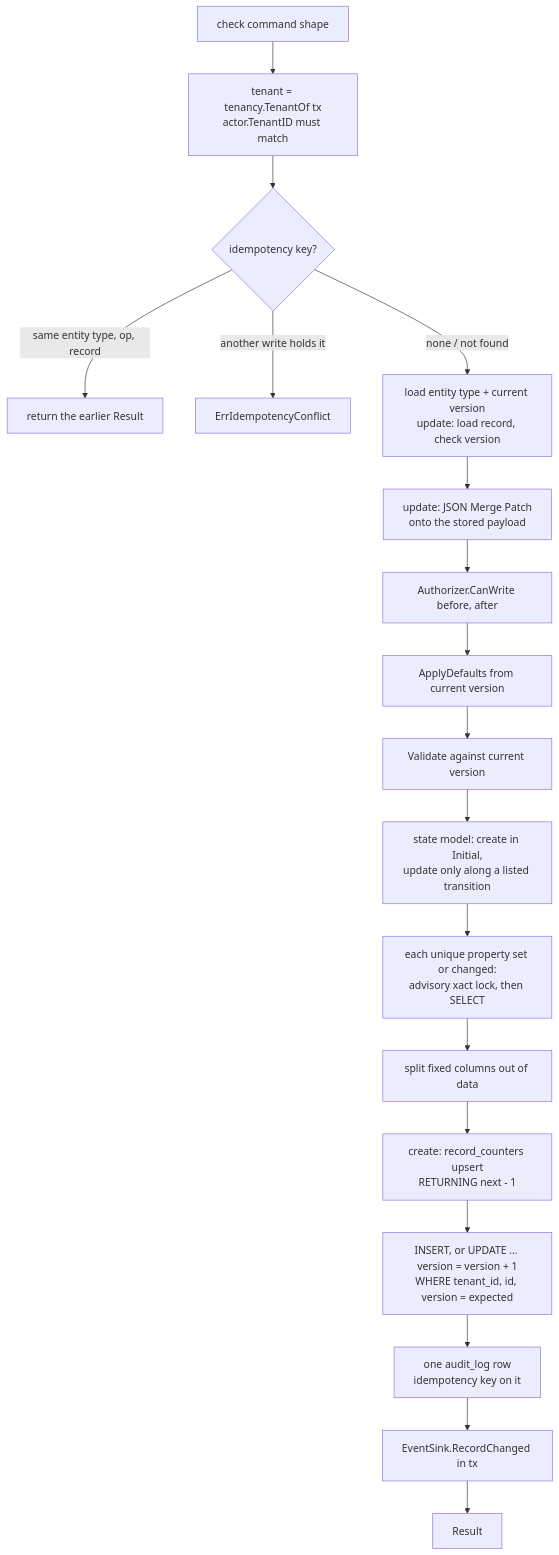
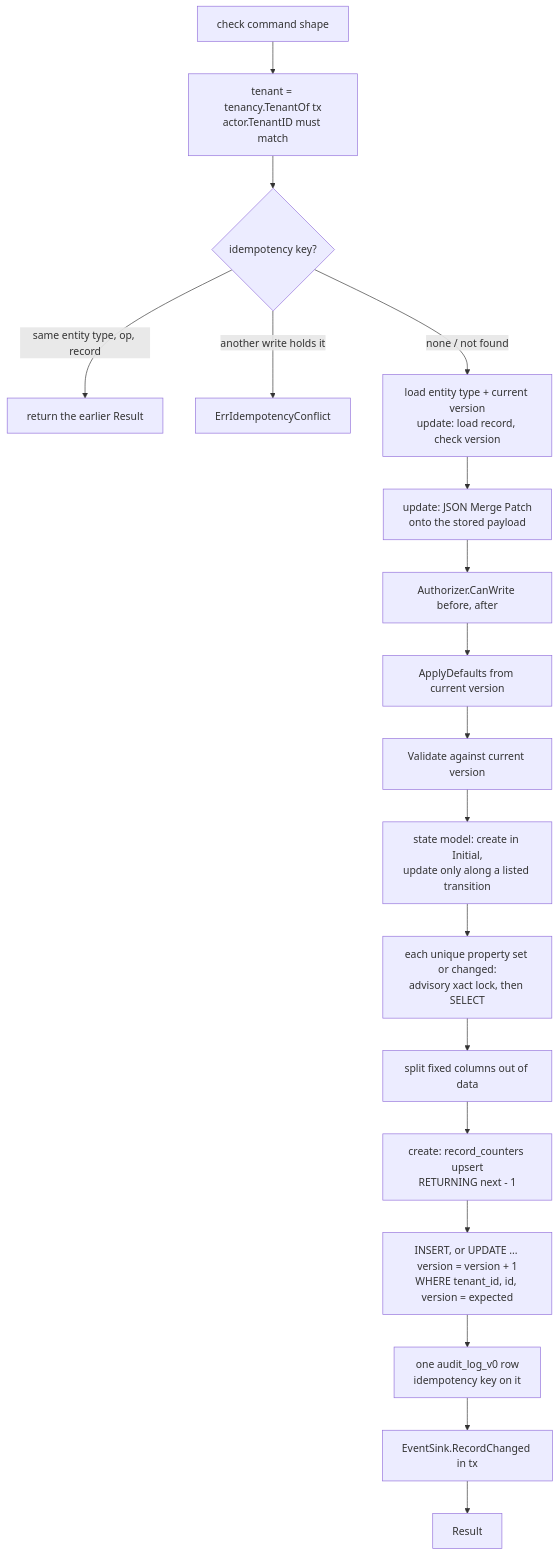
Before and after one commit to Navaladi2019/TicketingSystem: the diagram in docs/architecture/record-write-pipeline.md, drawn with Mermaid. The commit also changed other lines of this file and 4 other files, not shown here.

First line of the commit message:
P5-10a (TICK-427): re-point the S9 stack case and docs at audit_log_v0

````diff
--- a/docs/architecture/record-write-pipeline.md
+++ b/docs/architecture/record-write-pipeline.md
@@ -15,20 +15,20 @@
 ```mermaid
 flowchart TD
     A[check command shape] --> B[tenant = tenancy.TenantOf tx<br/>actor.TenantID must match]
     B --> C{idempotency key?}
     C -- same entity type, op, record --> R[return the earlier Result]
     C -- another write holds it --> X[ErrIdempotencyConflict]
     C -- none / not found --> D[load entity type + current version<br/>update: load record, check version]
     D --> E[update: JSON Merge Patch<br/>onto the stored payload]
     E --> F[Authorizer.CanWrite before, after]
     F --> G[ApplyDefaults from current version]
     G --> H[Validate against current version]
     H --> S[state model: create in Initial,<br/>update only along a listed transition]
     S --> U[each unique property set or changed:<br/>advisory xact lock, then SELECT]
     U --> I[split fixed columns out of data]
     I --> N[create: record_counters upsert<br/>RETURNING next - 1]
     N --> J[INSERT, or UPDATE ... version = version + 1<br/>WHERE tenant_id, id, version = expected]
-    J --> K[one audit_log row<br/>idempotency key on it]
+    J --> K[one audit_log_v0 row<br/>idempotency key on it]
     K --> L[EventSink.RecordChanged in tx]
     L --> M[Result]
 ```
````
